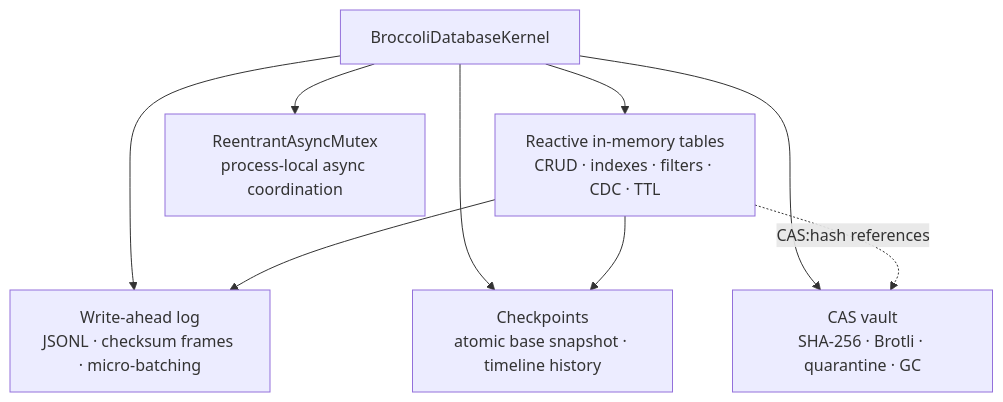
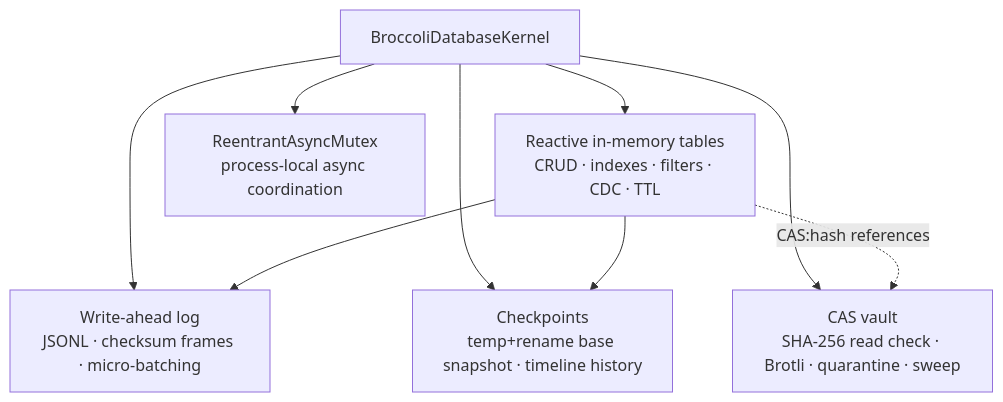
Before and after one commit to CardSorting/ABroccoliDB: the first of 2 diagrams in docs/ARCHITECTURE.md, drawn with Mermaid. The commit also changed other lines of this file and 88 other files, not shown here.

````diff
--- a/docs/ARCHITECTURE.md
+++ b/docs/ARCHITECTURE.md
@@ -9,18 +9,18 @@
 ```mermaid
 flowchart TB
     K[BroccoliDatabaseKernel]
     T[Reactive in-memory tables\nCRUD · indexes · filters · CDC · TTL]
     W[Write-ahead log\nJSONL · checksum frames · micro-batching]
-    C[Checkpoints\natomic base snapshot · timeline history]
-    S[CAS vault\nSHA-256 · Brotli · quarantine · GC]
+    C[Checkpoints\ntemp+rename base snapshot · timeline history]
+    S[CAS vault\nSHA-256 read check · Brotli · quarantine · sweep]
     M[ReentrantAsyncMutex\nprocess-local async coordination]
 
     K --> T
     K --> W
     K --> C
     K --> S
     K --> M
     T --> W
     T --> C
     T -. CAS:hash references .-> S
 ```
````
